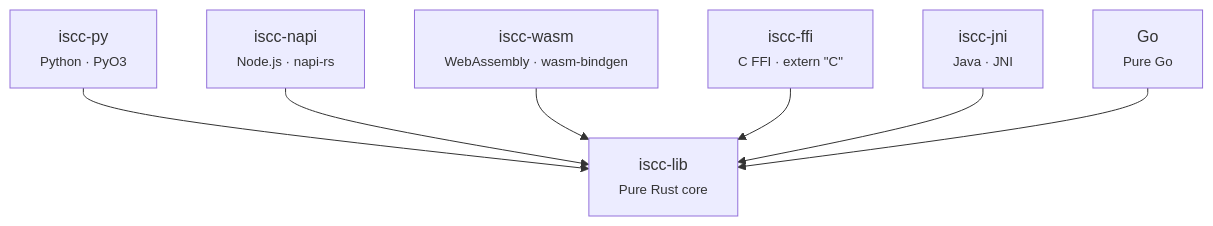
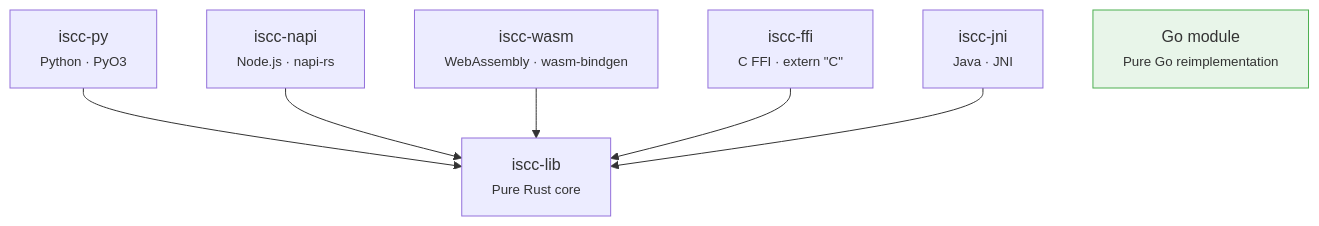
The diagram in docs/architecture.md (iscc/iscc-lib), drawn with Mermaid before and after one commit. The commit also changed other lines of this file and 7 other files, not shown here.

Commit message:
cid(advance): Show Go as standalone in architecture diagram, remove WASM comments

````diff
--- a/docs/architecture.md
+++ b/docs/architecture.md
@@ -19,9 +19,10 @@
 ```mermaid
 graph TD
     PY["iscc-py<br/><small>Python · PyO3</small>"] --> CORE["iscc-lib<br/><small>Pure Rust core</small>"]
     NAPI["iscc-napi<br/><small>Node.js · napi-rs</small>"] --> CORE
     WASM["iscc-wasm<br/><small>WebAssembly · wasm-bindgen</small>"] --> CORE
     FFI["iscc-ffi<br/><small>C FFI · extern &quot;C&quot;</small>"] --> CORE
     JNI["iscc-jni<br/><small>Java · JNI</small>"] --> CORE
-    GO["Go<br/><small>Pure Go</small>"] --> CORE
+    GO["Go module<br/><small>Pure Go reimplementation</small>"]
+    style GO fill:#e8f5e9,stroke:#4caf50
 ```
````
